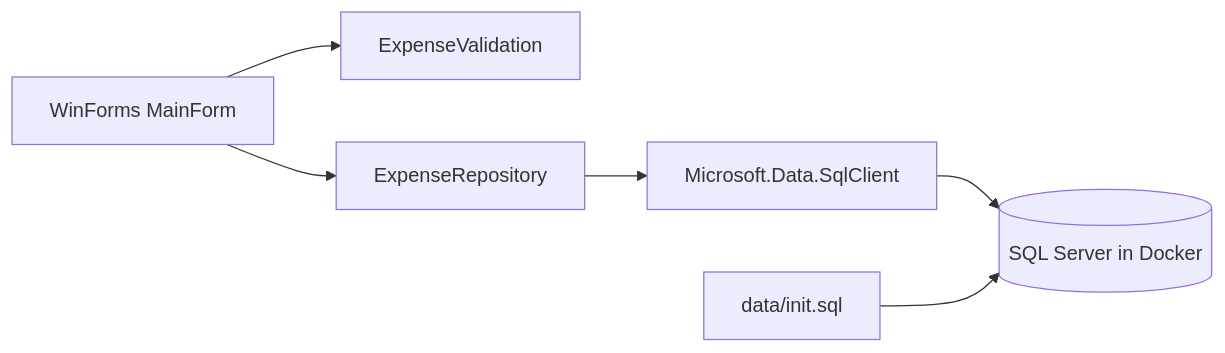
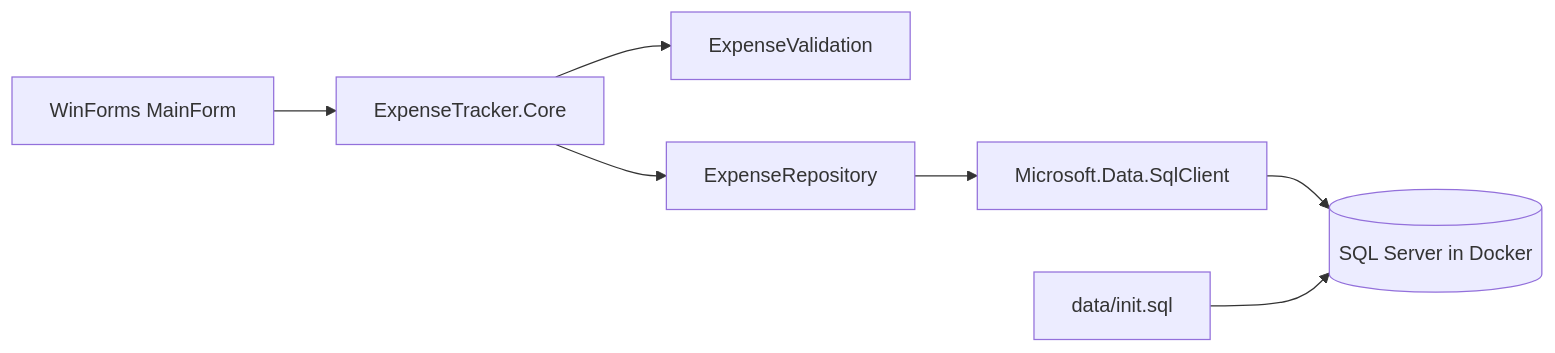
Before and after one commit to Dangne0201/expense-tracker: the diagram in README.md, drawn with Mermaid. The commit also changed other lines of this file and 15 other files, not shown here.

````diff
--- a/README.md
+++ b/README.md
@@ -63,8 +64,9 @@
 ```mermaid
 flowchart LR
-    UI[WinForms MainForm] --> Validation[ExpenseValidation]
-    UI --> Repository[ExpenseRepository]
+    UI[WinForms MainForm] --> Core[ExpenseTracker.Core]
+    Core --> Validation[ExpenseValidation]
+    Core --> Repository[ExpenseRepository]
     Repository --> Driver[Microsoft.Data.SqlClient]
     Driver --> DB[(SQL Server in Docker)]
     Init[data/init.sql] --> DB
 ```
````
